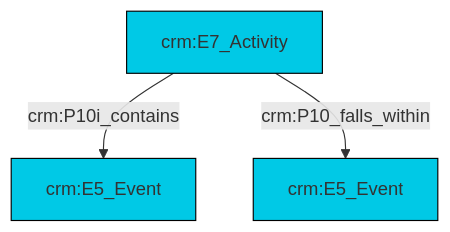
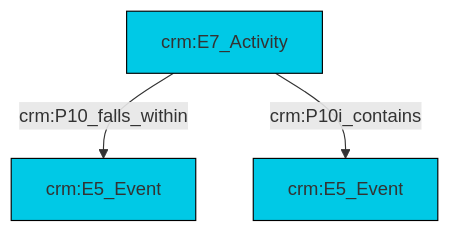
One commit to swiss-art-research-net/reference-data-models changed the diagram in et/eventCSV/ttl/mmd/event_parthood.ttl.mmd. Above: the diagram before and after it, drawn with Mermaid. The commit also changed 124 other files, not shown here.

```diff
--- a/et/eventCSV/ttl/mmd/event_parthood.ttl.mmd
+++ b/et/eventCSV/ttl/mmd/event_parthood.ttl.mmd
@@ -1,17 +1,17 @@
 graph TD
 classDef Literal fill:#f2f2f2,stroke:#000000;
 classDef CRM_Entity fill:#FFFFFF,stroke:#000000;
 classDef Temporal_Entity fill:#00C9E6, stroke:#000000;
 classDef Type fill:#E18312, stroke:#000000;
 classDef Time-Span fill:#2C9C91, stroke:#000000;
 classDef Appellation fill:#FFEB7F, stroke:#000000;
 classDef Place fill:#008836, stroke:#000000;
 classDef Persistent_Item fill:#B266B2, stroke:#000000;
 classDef Conceptual_Object fill:#FFD700, stroke:#000000;
 classDef Physical_Thing fill:#D2B48C, stroke:#000000;
 classDef Actor fill:#f58aad, stroke:#000000;
 classDef PC_Classes fill:#4ce600, stroke:#000000;
 classDef Multi fill:#cccccc,stroke:#000000;
 
-0["crm:E7_Activity"]:::Temporal_Entity -->|crm:P10i_contains| 1["crm:E5_Event"]:::Temporal_Entity
-0["crm:E7_Activity"]:::Temporal_Entity -->|crm:P10_falls_within| 4["crm:E5_Event"]:::Temporal_Entity
+4["crm:E7_Activity"]:::Temporal_Entity -->|crm:P10_falls_within| 2["crm:E5_Event"]:::Temporal_Entity
+4["crm:E7_Activity"]:::Temporal_Entity -->|crm:P10i_contains| 0["crm:E5_Event"]:::Temporal_Entity
```
